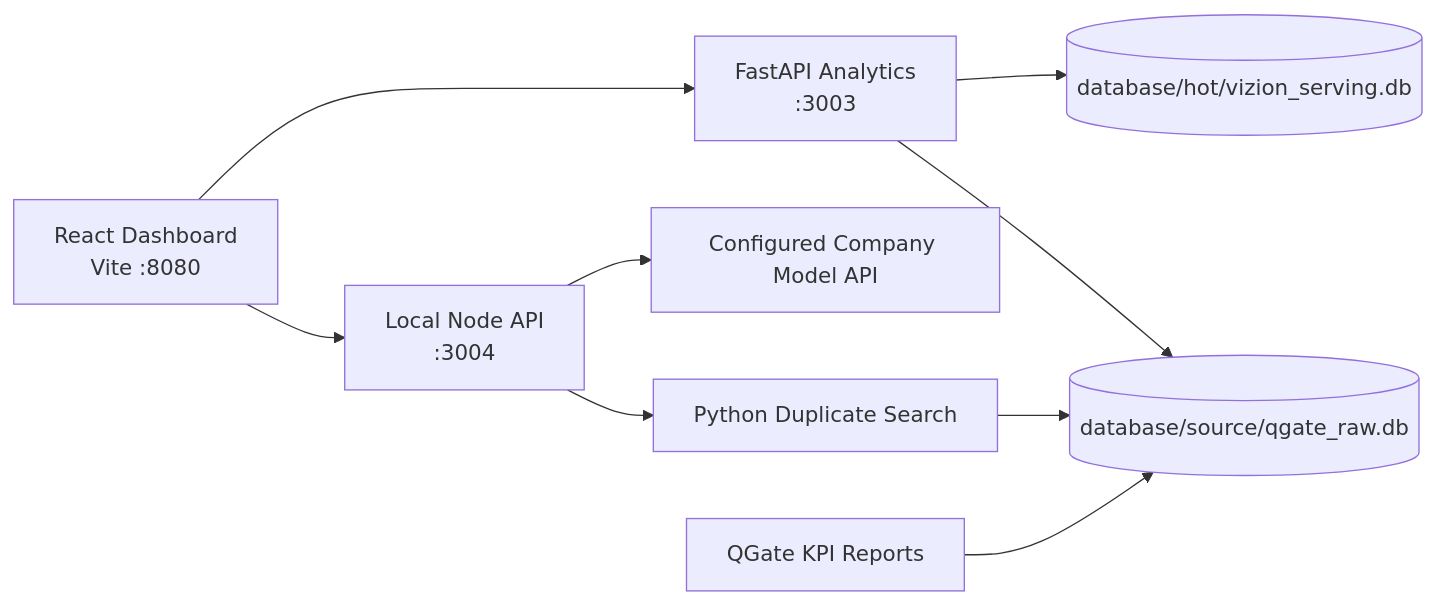
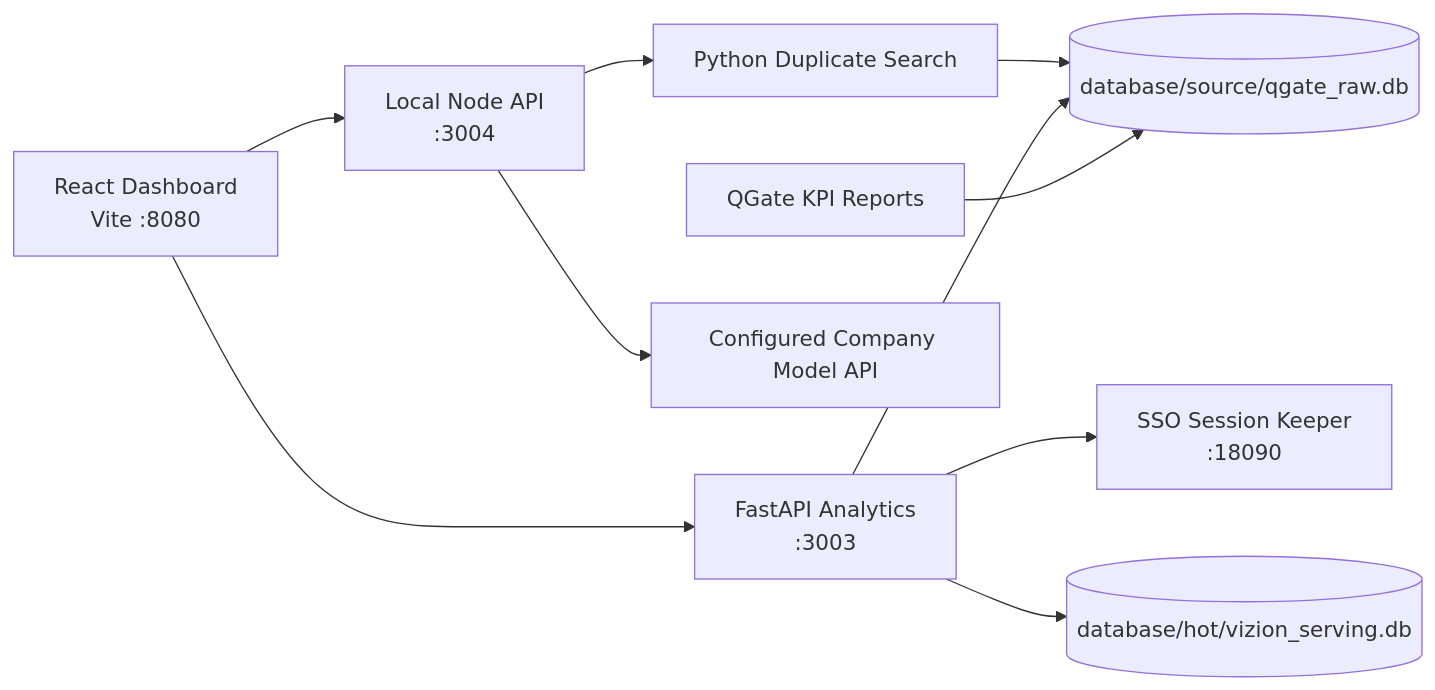
Before and after one commit to tonyoorz/vizion-lab: the diagram in README.md, drawn with Mermaid. The commit also changed other lines of this file and 132 other files, not shown here.

````diff
--- a/README.md
+++ b/README.md
@@ -44,11 +55,12 @@
 ```mermaid
 flowchart LR
   Browser[React Dashboard<br/>Vite :8080] --> NodeAPI[Local Node API<br/>:3004]
   Browser --> AnalyticsAPI[FastAPI Analytics<br/>:3003]
   NodeAPI --> DuplicateSearch[Python Duplicate Search]
   NodeAPI --> ModelAPI[Configured Company Model API]
+  AnalyticsAPI --> SessionKeeper[SSO Session Keeper<br/>:18090]
   DuplicateSearch --> SourceDB[(database/source/qgate_raw.db)]
   AnalyticsAPI --> SourceDB
   AnalyticsAPI --> HotDB[(database/hot/vizion_serving.db)]
   Reports[QGate KPI Reports] --> SourceDB
 ```
````
